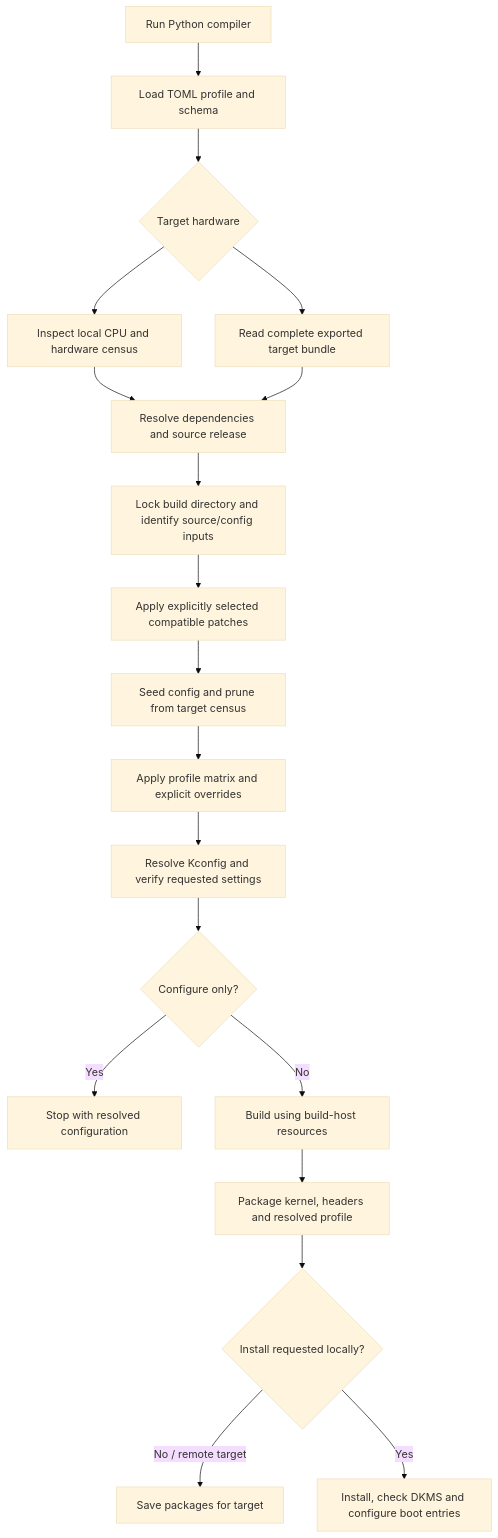
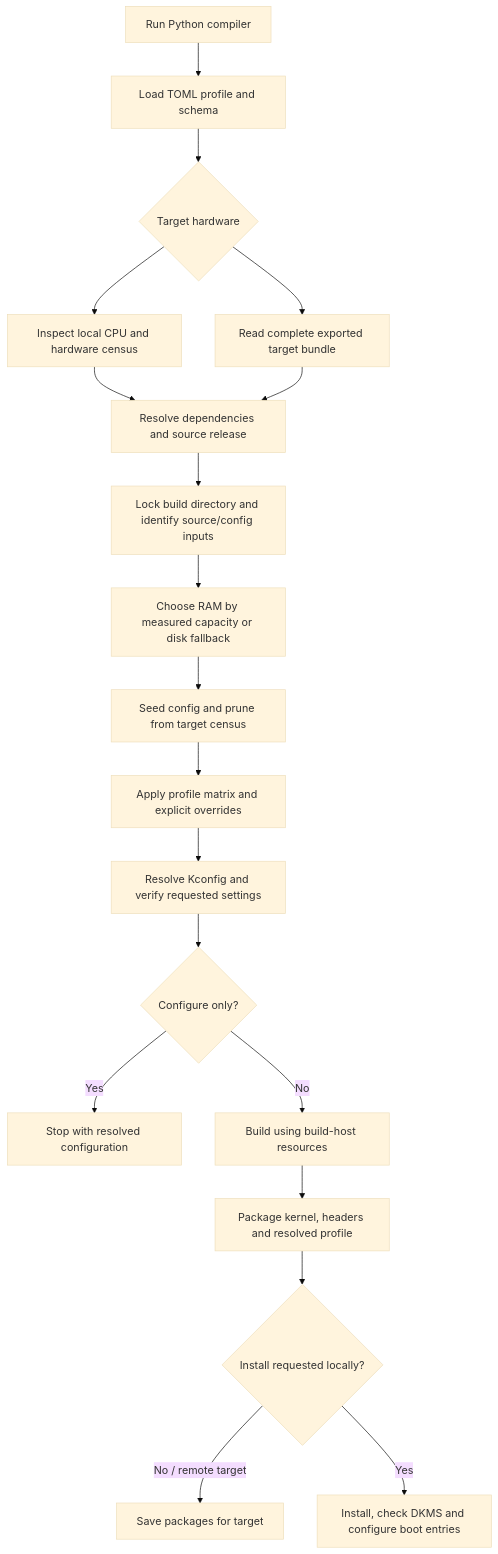
Before and after one commit to Invinciblx777/dusky: the diagram in user_scripts/kernel/dusky_kernel_compiler/DUSKY_KERNEL_VISUAL_MAP.md, drawn with Mermaid (base theme). The commit also changed other lines of this file and 14 other files, not shown here.

````diff
--- a/user_scripts/kernel/dusky_kernel_compiler/DUSKY_KERNEL_VISUAL_MAP.md
+++ b/user_scripts/kernel/dusky_kernel_compiler/DUSKY_KERNEL_VISUAL_MAP.md
@@ -3,21 +3,21 @@
 ```mermaid
 flowchart TD
     A[Run Python compiler] --> B[Load TOML profile and schema]
     B --> C{Target hardware}
     C --> D[Inspect local CPU and hardware census]
     C --> E[Read complete exported target bundle]
     D --> F[Resolve dependencies and source release]
     E --> F
     F --> G[Lock build directory and identify source/config inputs]
-    G --> H[Apply explicitly selected compatible patches]
+    G --> H[Choose RAM by measured capacity or disk fallback]
     H --> I[Seed config and prune from target census]
     I --> J[Apply profile matrix and explicit overrides]
     J --> K[Resolve Kconfig and verify requested settings]
     K --> L{Configure only?}
     L -->|Yes| M[Stop with resolved configuration]
     L -->|No| N[Build using build-host resources]
     N --> O[Package kernel, headers and resolved profile]
     O --> P{Install requested locally?}
     P -->|No / remote target| Q[Save packages for target]
     P -->|Yes| R[Install, check DKMS and configure boot entries]
 ```
````
